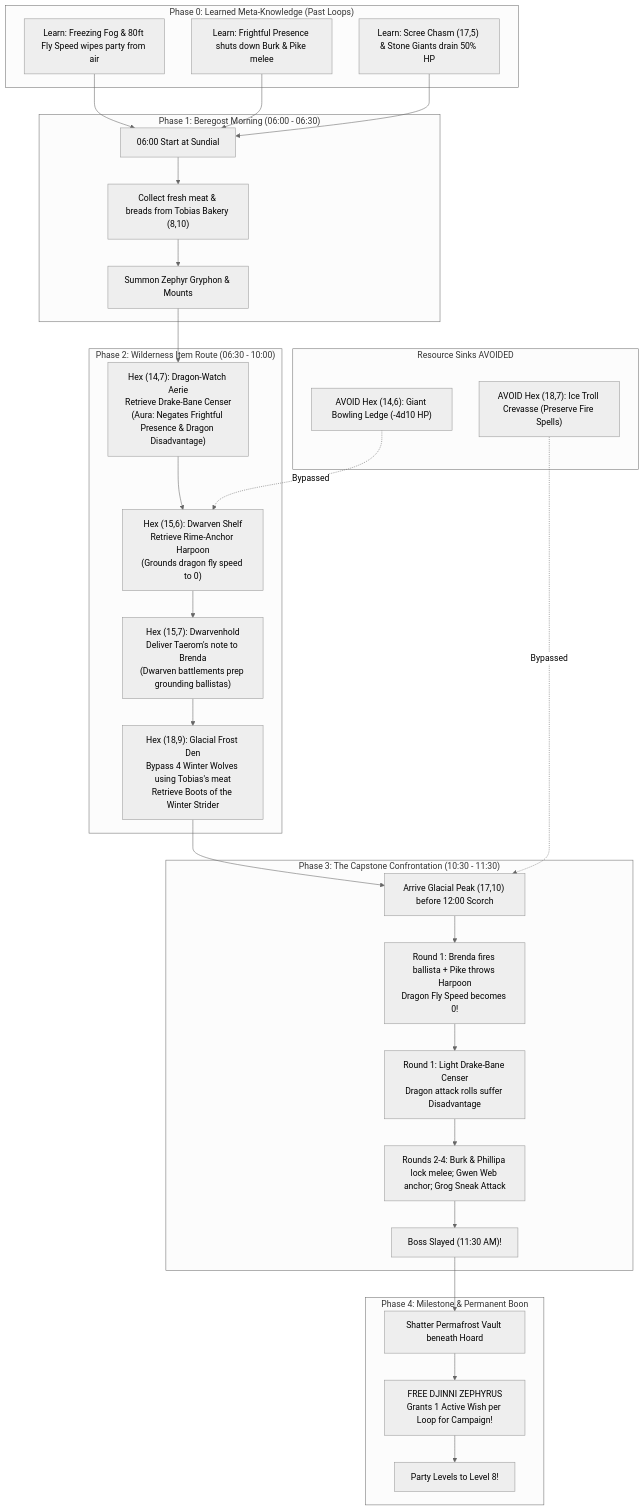
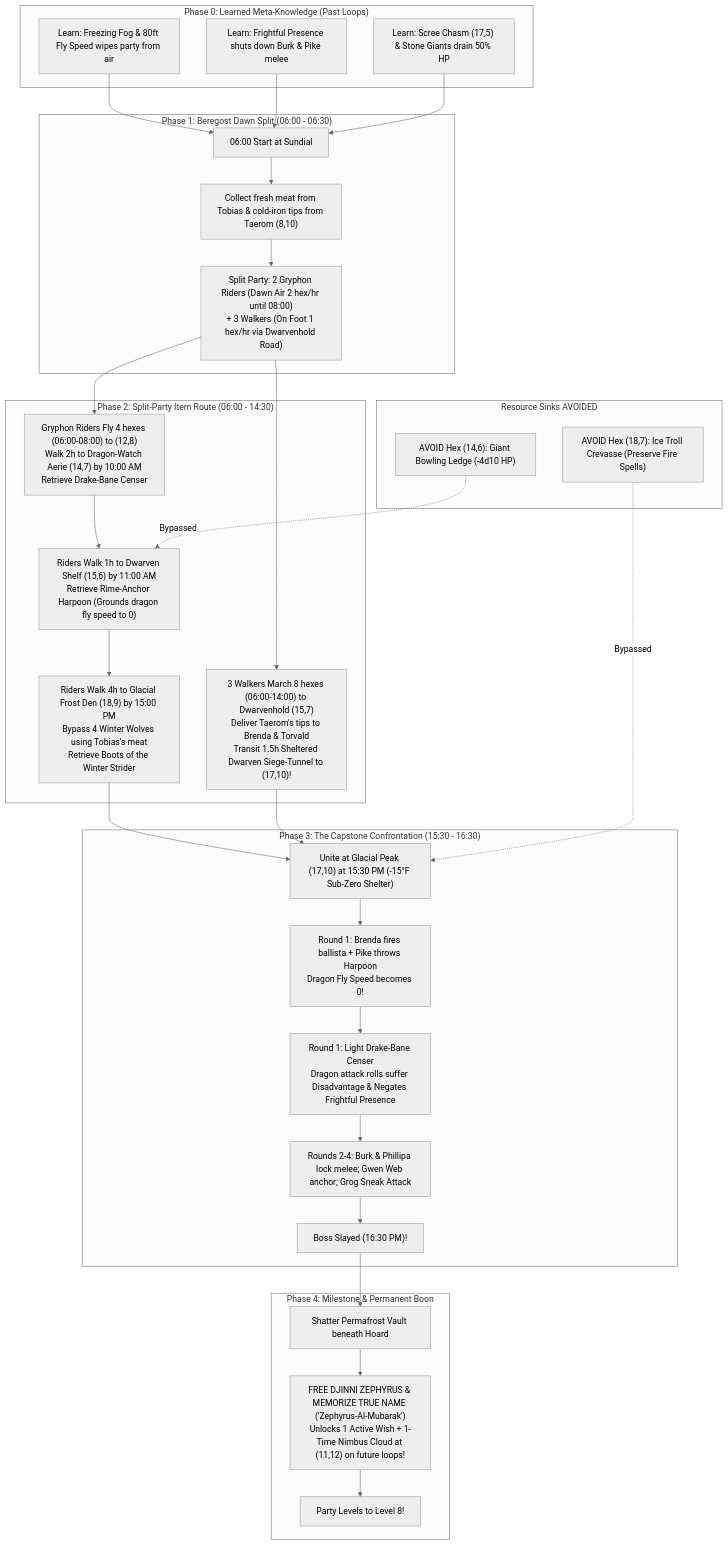
One commit to hartshor/beregost-campaign changed the second of 7 diagrams in campaign_notes.md. Above: the diagram before and after it, drawn with Mermaid (neutral theme). The commit also changed other lines of this file and 17 other files, not shown here.

````diff
--- a/campaign_notes.md
+++ b/campaign_notes.md
@@ -1617,52 +1630,50 @@
 ```mermaid
 flowchart TD
     subgraph MetaKnowledge ["Phase 0: Learned Meta-Knowledge (Past Loops)"]
         K1["Learn: Freezing Fog & 80ft Fly Speed wipes party from air"]
         K2["Learn: Frightful Presence shuts down Burk & Pike melee"]
         K3["Learn: Scree Chasm (17,5) & Stone Giants drain 50% HP"]
     end
 
-    subgraph Preparation ["Phase 1: Beregost Morning (06:00 - 06:30)"]
+    subgraph Preparation ["Phase 1: Beregost Dawn Split (06:00 - 06:30)"]
         B1["06:00 Start at Sundial"]
-        B2["Collect fresh meat & breads from Tobias Bakery (8,10)"]
-        B3["Summon Zephyr Gryphon & Mounts"]
+        B2["Collect fresh meat from Tobias & cold-iron tips from Taerom (8,10)"]
+        B3["Split Party: 2 Gryphon Riders (Dawn Air 2 hex/hr until 08:00)<br/>+ 3 Walkers (On Foot 1 hex/hr via Dwarvenhold Road)"]
     end
 
-    subgraph ItemCaches ["Phase 2: Wilderness Item Route (06:30 - 10:00)"]
-        I3["Hex (14,7): Dragon-Watch Aerie<br/>Retrieve Drake-Bane Censer<br/>(Aura: Negates Frightful Presence & Dragon Disadvantage)"]
-        I1["Hex (15,6): Dwarven Shelf<br/>Retrieve Rime-Anchor Harpoon<br/>(Grounds dragon fly speed to 0)"]
-        D1["Hex (15,7): Dwarvenhold<br/>Deliver Taerom's note to Brenda<br/>(Dwarven battlements prep grounding ballistas)"]
-        I2["Hex (18,9): Glacial Frost Den<br/>Bypass 4 Winter Wolves using Tobias's meat<br/>Retrieve Boots of the Winter Strider"]
+    subgraph ItemCaches ["Phase 2: Split-Party Item Route (06:00 - 14:30)"]
+        I3["Gryphon Riders Fly 4 hexes (06:00-08:00) to (12,8)<br/>Walk 2h to Dragon-Watch Aerie (14,7) by 10:00 AM<br/>Retrieve Drake-Bane Censer"]
+        I1["Riders Walk 1h to Dwarven Shelf (15,6) by 11:00 AM<br/>Retrieve Rime-Anchor Harpoon (Grounds dragon fly speed to 0)"]
+        I2["Riders Walk 4h to Glacial Frost Den (18,9) by 15:00 PM<br/>Bypass 4 Winter Wolves using Tobias's meat<br/>Retrieve Boots of the Winter Strider"]
+        D1["3 Walkers March 8 hexes (06:00-14:00) to Dwarvenhold (15,7)<br/>Deliver Taerom's tips to Brenda & Torvald<br/>Transit 1.5h Sheltered Dwarven Siege-Tunnel to (17,10)!"]
     end
 
     subgraph Avoidance ["Resource Sinks AVOIDED"]
         AV1["AVOID Hex (14,6): Giant Bowling Ledge (-4d10 HP)"]
         AV2["AVOID Hex (18,7): Ice Troll Crevasse (Preserve Fire Spells)"]
     end
 
-    subgraph Combat ["Phase 3: The Capstone Confrontation (10:30 - 11:30)"]
-        C1["Arrive Glacial Peak (17,10) before 12:00 Scorch"]
+    subgraph Combat ["Phase 3: The Capstone Confrontation (15:30 - 16:30)"]
+        C1["Unite at Glacial Peak (17,10) at 15:30 PM (-15°F Sub-Zero Shelter)"]
         C2["Round 1: Brenda fires ballista + Pike throws Harpoon<br/>Dragon Fly Speed becomes 0!"]
-        C3["Round 1: Light Drake-Bane Censer<br/>Dragon attack rolls suffer Disadvantage"]
+        C3["Round 1: Light Drake-Bane Censer<br/>Dragon attack rolls suffer Disadvantage & Negates Frightful Presence"]
         C4["Rounds 2-4: Burk & Phillipa lock melee; Gwen Web anchor; Grog Sneak Attack"]
-        C5["Boss Slayed (11:30 AM)!"]
+        C5["Boss Slayed (16:30 PM)!"]
     end
 
     subgraph Resolution ["Phase 4: Milestone & Permanent Boon"]
         R1["Shatter Permafrost Vault beneath Hoard"]
-        R2["FREE DJINNI ZEPHYRUS<br/>Grants 1 Active Wish per Loop for Campaign!"]
+        R2["FREE DJINNI ZEPHYRUS & MEMORIZE TRUE NAME ('Zephyrus-Al-Mubarak')<br/>Unlocks 1 Active Wish + 1-Time Nimbus Cloud at (11,12) on future loops!"]
         R3["Party Levels to Level 8!"]
     end
 
     K1 & K2 & K3 --> B1
     B1 --> B2 --> B3
-    B3 --> I3
-    I3 --> I1
-    I1 --> D1
-    D1 --> I2
-    I2 --> C1
+    B3 --> I3 & D1
+    I3 --> I1 --> I2 --> C1
+    D1 --> C1
     AV1 -.->|Bypassed| I1
     AV2 -.->|Bypassed| C1
     C1 --> C2 --> C3 --> C4 --> C5
     C5 --> R1 --> R2 --> R3
 ```
````
